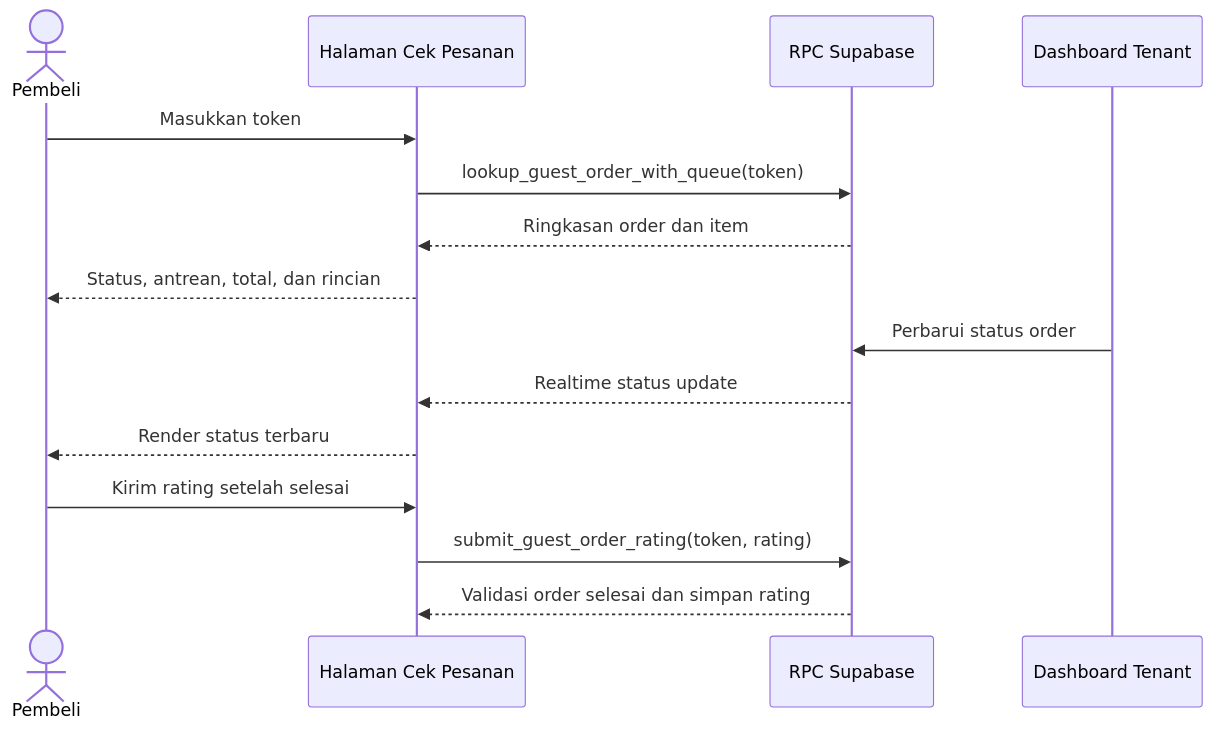
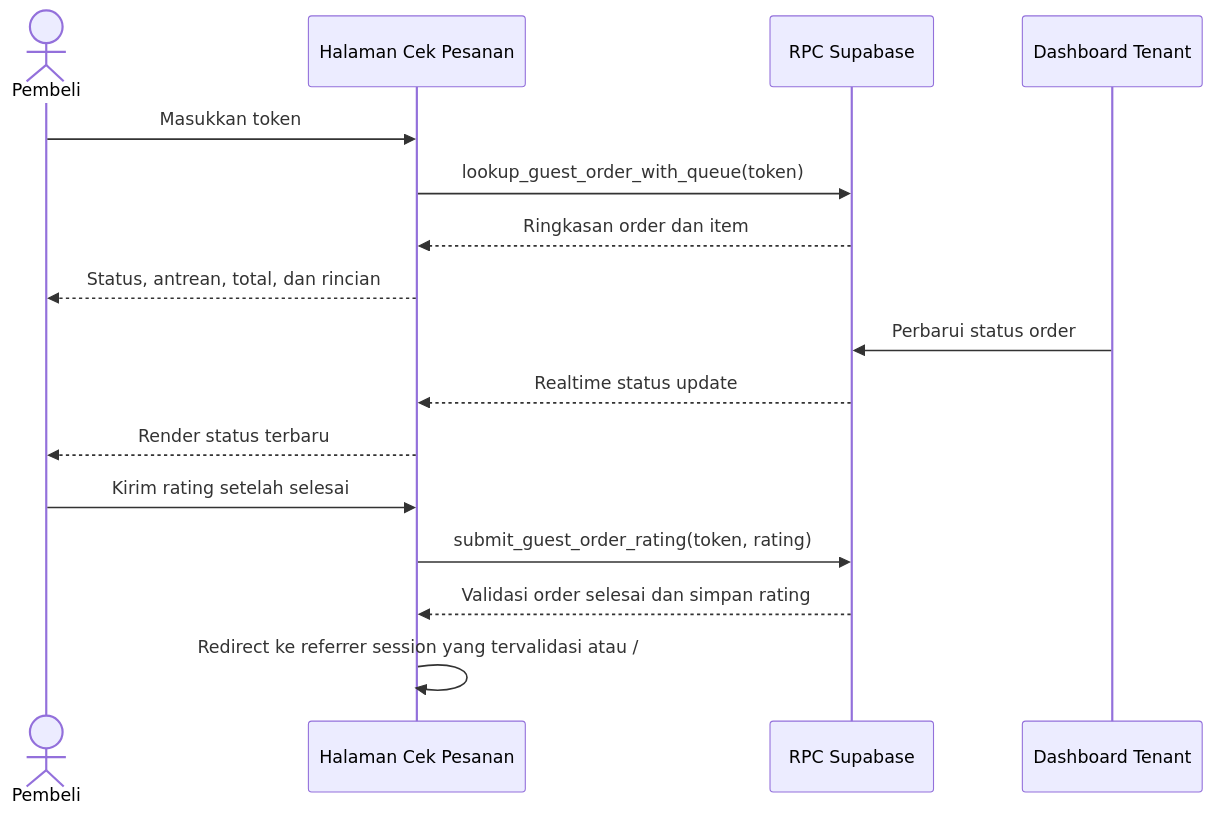
Before and after one commit to nandayudhistirawibowo/SiKantin: the eighth of 8 diagrams in FLOWCHART.md, drawn with Mermaid. The commit also changed other lines of this file and 24 other files, not shown here.

````diff
--- a/FLOWCHART.md
+++ b/FLOWCHART.md
@@ -161,18 +189,19 @@
 ```mermaid
 sequenceDiagram
     actor Buyer as Pembeli
     participant Web as Halaman Cek Pesanan
     participant DB as RPC Supabase
     participant Tenant as Dashboard Tenant
 
     Buyer->>Web: Masukkan token
     Web->>DB: lookup_guest_order_with_queue(token)
     DB-->>Web: Ringkasan order dan item
     Web-->>Buyer: Status, antrean, total, dan rincian
     Tenant->>DB: Perbarui status order
     DB-->>Web: Realtime status update
     Web-->>Buyer: Render status terbaru
     Buyer->>Web: Kirim rating setelah selesai
     Web->>DB: submit_guest_order_rating(token, rating)
     DB-->>Web: Validasi order selesai dan simpan rating
+    Web->>Web: Redirect ke referrer session yang tervalidasi atau /
 ```
````
